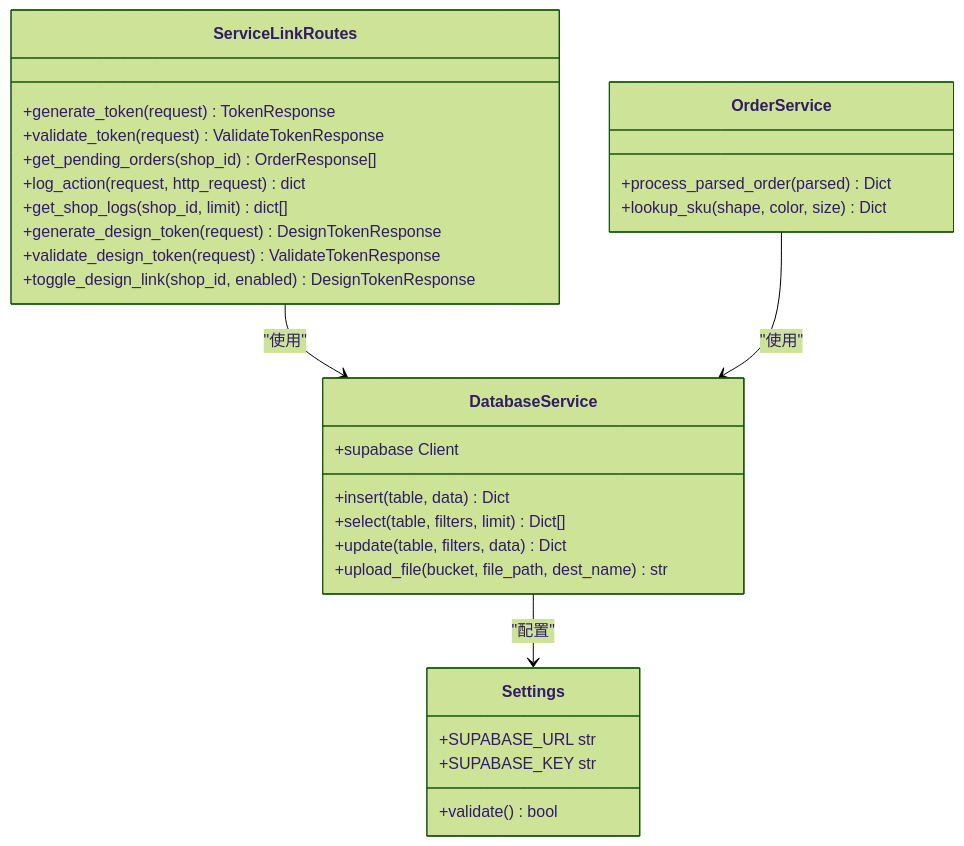
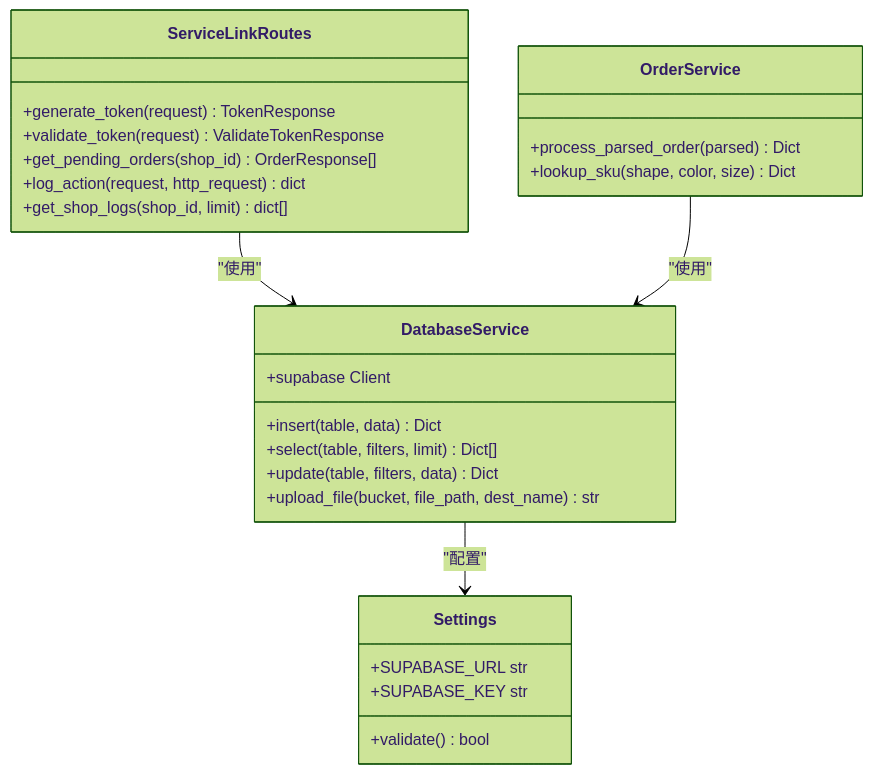
One commit to SY6621/POD-Order-Management changed the second of 12 diagrams in .qoder/repowiki/zh/content/开发指南/客服外链双链接系统.md. Above: the diagram before and after it, drawn with Mermaid (forest theme). The commit also changed other lines of this file and 7 other files, not shown here.

````diff
--- a/.qoder/repowiki/zh/content/开发指南/客服外链双链接系统.md
+++ b/.qoder/repowiki/zh/content/开发指南/客服外链双链接系统.md
@@ -160,32 +149,29 @@
 ```mermaid
 classDiagram
 class ServiceLinkRoutes {
 +generate_token(request) TokenResponse
 +validate_token(request) ValidateTokenResponse
 +get_pending_orders(shop_id) OrderResponse[]
 +log_action(request, http_request) dict
 +get_shop_logs(shop_id, limit) dict[]
-+generate_design_token(request) DesignTokenResponse
-+validate_design_token(request) ValidateTokenResponse
-+toggle_design_link(shop_id, enabled) DesignTokenResponse
 }
 class DatabaseService {
 +supabase Client
 +insert(table, data) Dict
 +select(table, filters, limit) Dict[]
 +update(table, filters, data) Dict
 +upload_file(bucket, file_path, dest_name) str
 }
 class OrderService {
 +process_parsed_order(parsed) Dict
 +lookup_sku(shape, color, size) Dict
 }
 class Settings {
 +SUPABASE_URL str
 +SUPABASE_KEY str
 +validate() bool
 }
 ServiceLinkRoutes --> DatabaseService : "使用"
 OrderService --> DatabaseService : "使用"
 DatabaseService --> Settings : "配置"
 ```
````
